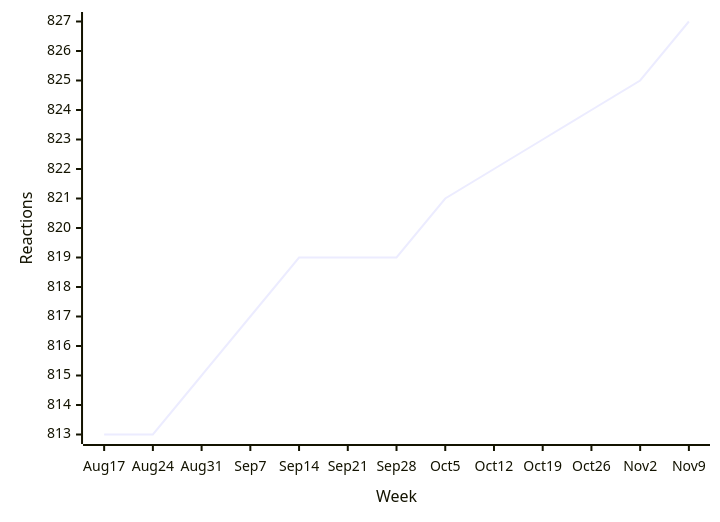
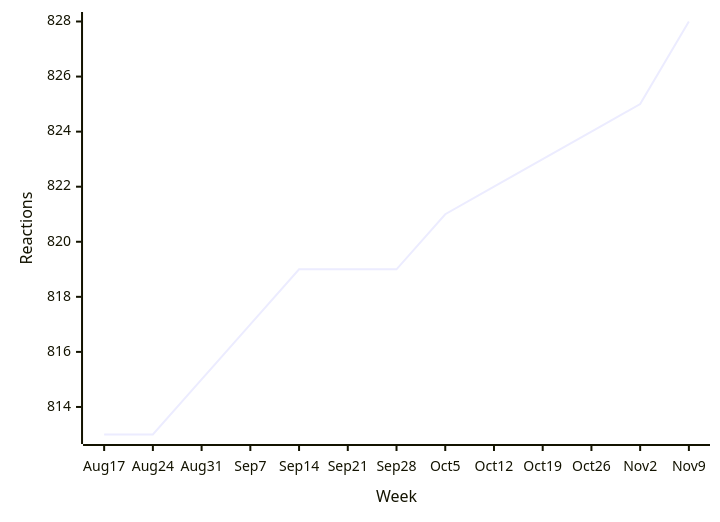
Before and after one commit to loic-sharma/github-insights: the seventh of 38 diagrams in README.md, drawn with Mermaid. The commit also changed other lines of this file and 1 other file, not shown here.

````diff
--- a/README.md
+++ b/README.md
@@ -426,6 +426,6 @@
   ```mermaid
   xychart-beta
     x-axis "Week" [Aug 17, Aug 24, Aug 31, Sep 7, Sep 14, Sep 21, Sep 28, Oct 5, Oct 12, Oct 19, Oct 26, Nov 2, Nov 9]
     y-axis "Reactions"
-    line [813, 813, 815, 817, 819, 819, 819, 821, 822, 823, 824, 825, 827]
+    line [813, 813, 815, 817, 819, 819, 819, 821, 822, 823, 824, 825, 828]
   ```
````
